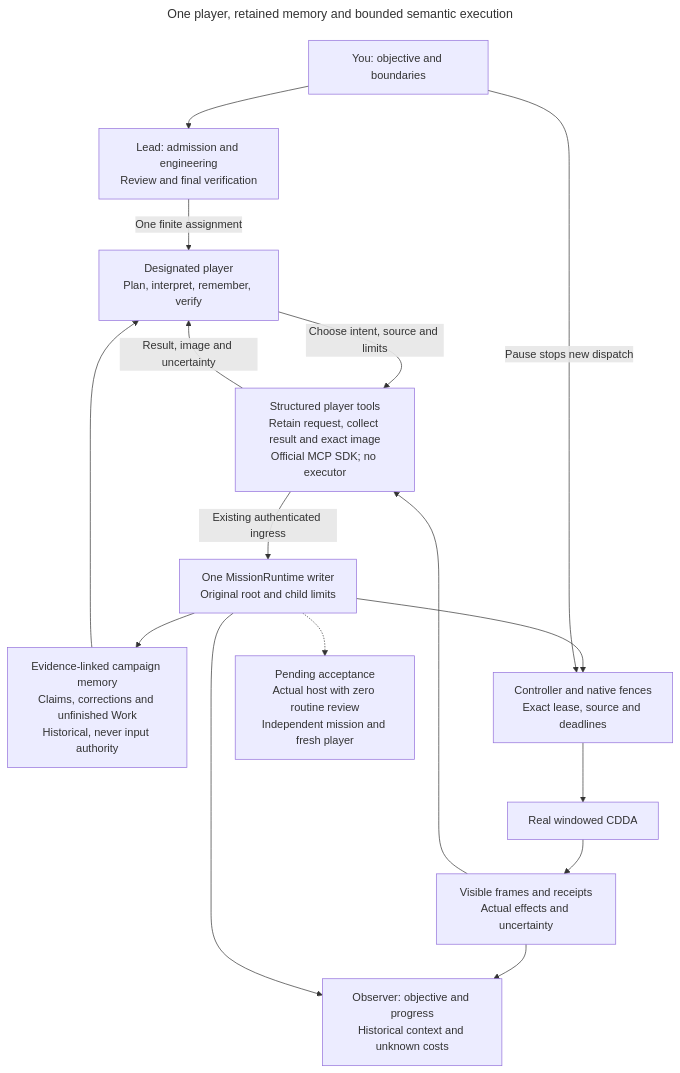
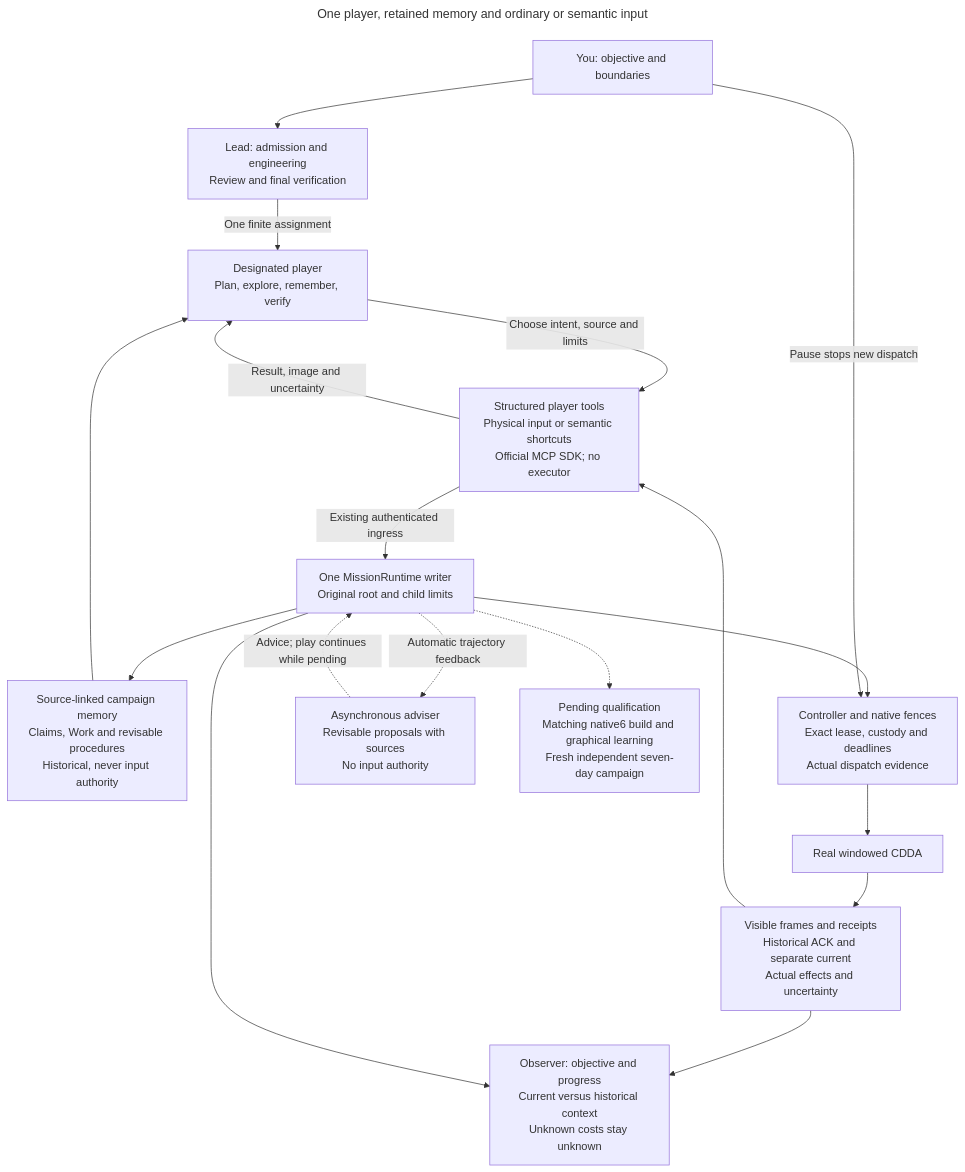
The diagram in docs/diagrams/player.mmd (CVX-Hull/enactive), drawn with Mermaid before and after one commit. The commit also changed 88 other files, not shown here.

First line of the commit message:
Separate ordinary input custody, delivery and current evidence

```diff
--- a/docs/diagrams/player.mmd
+++ b/docs/diagrams/player.mmd
@@ -1,21 +1,23 @@
 ---
-title: One player, retained memory and bounded semantic execution
+title: One player, retained memory and ordinary or semantic input
 ---
 flowchart TD
   accTitle: Player decisions, historical memory and one mission writer
-  accDescr: The user sets objectives and can Pause independently. The lead freezes admission and source, reviews evidence and verifies acceptance. One designated player plans, interprets visible evidence and uses structured player tools. The adapter retains exact requests and collects results and images through the existing ingress; it is not another executor. Retained campaign memory supports decisions but grants no authority. One MissionRuntime writer checks original limits and exact controller and native fences before the real windowed game. Actual frames and operation receipts return to the player and observer. Actual host loading without routine review and a full independent mission with a fresh player remain acceptance gates; the lead supplies no ordinary gameplay rescue.
+  accDescr: The user sets objectives and can Pause independently. The lead freezes admission and source, reviews evidence and verifies acceptance without ordinary gameplay rescue or routine memory curation. One designated player plans, interprets visible evidence and chooses physical input or optional semantic skills. The adapter uses the existing ingress, not another executor. Source-linked memory and asynchronous advisory proposals support decisions but grant no authority. One MissionRuntime writer retains original limits and exact custody; direct physical input permits visual drift while semantic shortcuts retain equivalence checks. Historical ACK delivery stays separate from actual current evidence. The prior native5 learning mission supports scoped reuse, fresh-context application and advisory overlap; current native6 build, graphical learning and fresh seven-day qualification remain pending.
   User["You: objective and boundaries"] --> Lead["Lead: admission and engineering<br/>Review and final verification"]
-  Lead -->|"One finite assignment"| Player["Designated player<br/>Plan, interpret, remember, verify"]
-  Memory["Evidence-linked campaign memory<br/>Claims, corrections and unfinished Work<br/>Historical, never input authority"] --> Player
-  Player -->|"Choose intent, source and limits"| Tools["Structured player tools<br/>Retain request, collect result and exact image<br/>Official MCP SDK; no executor"]
+  Lead -->|"One finite assignment"| Player["Designated player<br/>Plan, explore, remember, verify"]
+  Memory["Source-linked campaign memory<br/>Claims, Work and revisable procedures<br/>Historical, never input authority"] --> Player
+  Player -->|"Choose intent, source and limits"| Tools["Structured player tools<br/>Physical input or semantic shortcuts<br/>Official MCP SDK; no executor"]
   Tools -->|"Existing authenticated ingress"| Runtime["One MissionRuntime writer<br/>Original root and child limits"]
-  Runtime --> Controller["Controller and native fences<br/>Exact lease, source and deadlines"]
+  Runtime --> Controller["Controller and native fences<br/>Exact lease, custody and deadlines<br/>Actual dispatch evidence"]
   Controller --> Game["Real windowed CDDA"]
-  Game --> Evidence["Visible frames and receipts<br/>Actual effects and uncertainty"]
+  Game --> Evidence["Visible frames and receipts<br/>Historical ACK and separate current<br/>Actual effects and uncertainty"]
   Evidence --> Tools
   Tools -->|"Result, image and uncertainty"| Player
   Runtime --> Memory
-  Evidence --> Viewer["Observer: objective and progress<br/>Historical context and unknown costs"]
+  Runtime -.->|"Automatic trajectory feedback"| Adviser["Asynchronous adviser<br/>Revisable proposals with sources<br/>No input authority"]
+  Adviser -.->|"Advice; play continues while pending"| Runtime
+  Evidence --> Viewer["Observer: objective and progress<br/>Current versus historical context<br/>Unknown costs stay unknown"]
   Runtime --> Viewer
   User -->|"Pause stops new dispatch"| Controller
-  Runtime -.-> Gate["Pending acceptance<br/>Actual host with zero routine review<br/>Independent mission and fresh player"]
+  Runtime -.-> Gate["Pending qualification<br/>Matching native6 build and graphical learning<br/>Fresh independent seven-day campaign"]
```
